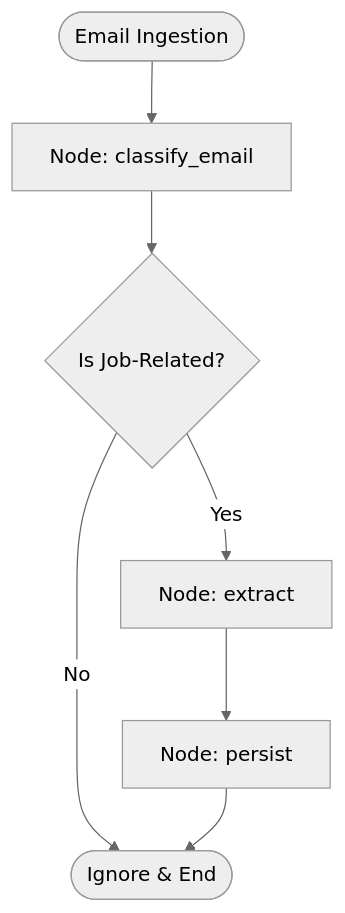
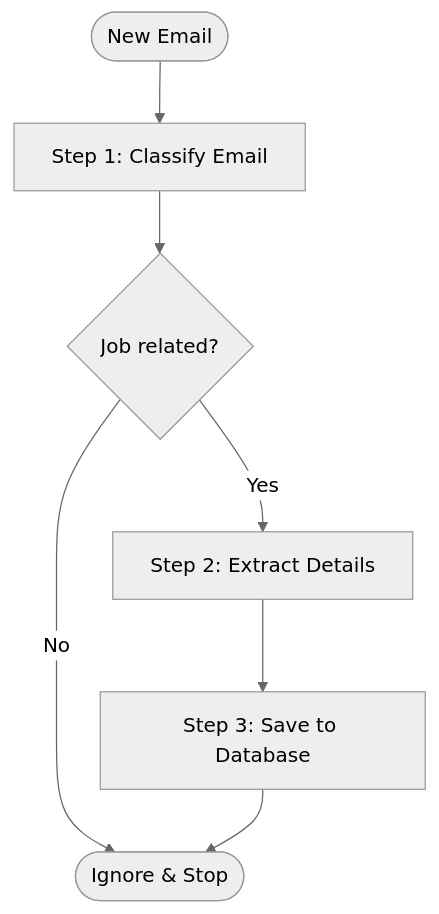
One commit to 24thAbhinav/email-tracker changed the diagram in README.md. Above: the diagram before and after it, drawn with Mermaid (neutral theme). The commit also changed other lines of this file, not shown here.

````diff
--- a/README.md
+++ b/README.md
@@ -22,9 +23,9 @@
 ```mermaid
 flowchart TD
-    START([Email Ingestion]) --> ClassifyNode[Node: classify_email]
-    ClassifyNode --> Condition{Is Job-Related?}
-    Condition -- No --> END([Ignore & End])
-    Condition -- Yes --> ExtractNode[Node: extract]
-    ExtractNode --> PersistNode[Node: persist]
-    PersistNode --> END
+    Start([New Email]) --> Classify[Step 1: Classify Email]
+    Classify --> Check{Job related?}
+    Check -- No --> End([Ignore & Stop])
+    Check -- Yes --> Extract[Step 2: Extract Details]
+    Extract --> Persist[Step 3: Save to Database]
+    Persist --> End
 ```
````
